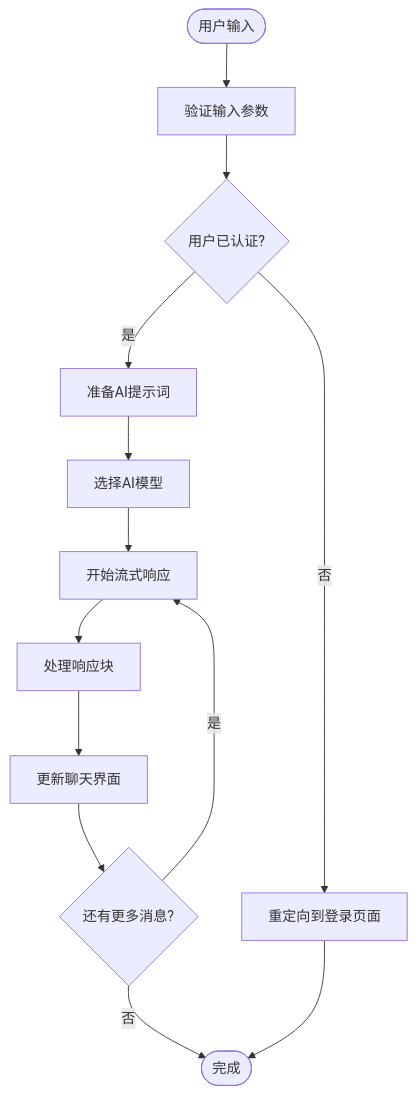
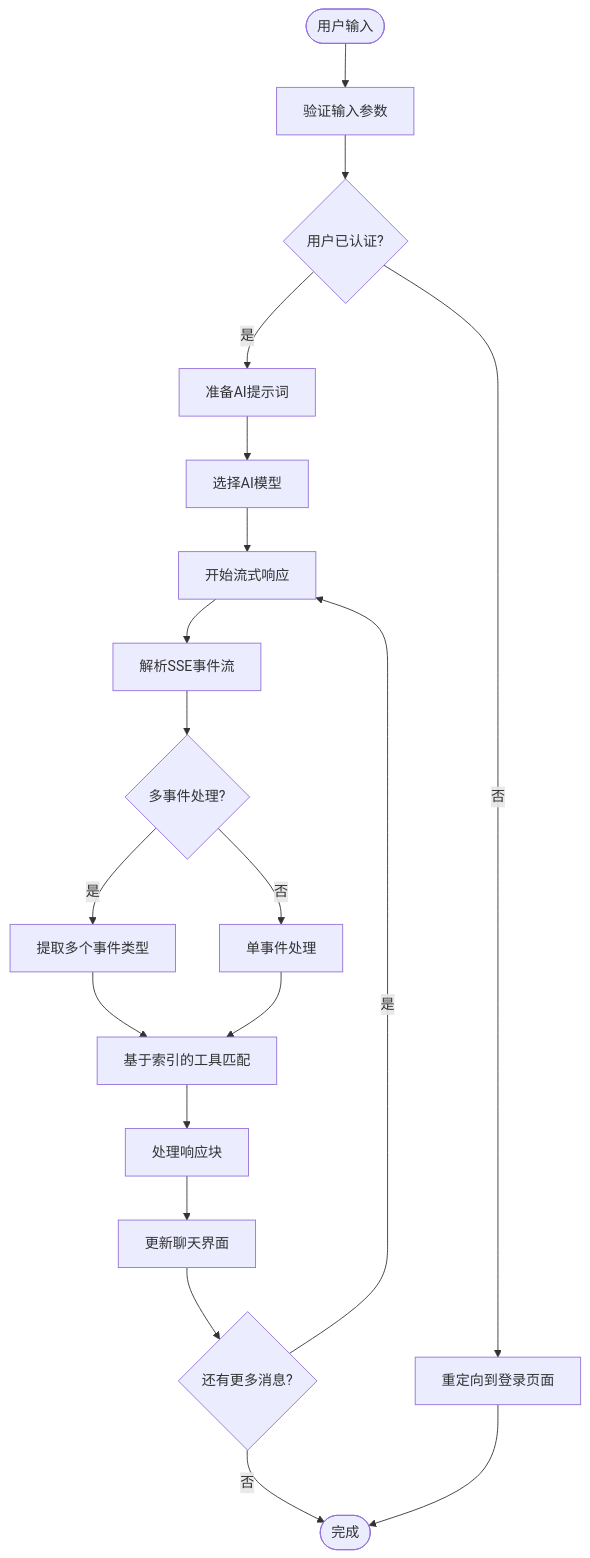
One commit to LRF0422/Kotion changed the fifth of 9 diagrams in .qoder/repowiki/zh/content/功能模块/AI插件/AI基础架构系统/AI聊天客户端系统.md. Above: the diagram before and after it, drawn with Mermaid. The commit also changed other lines of this file and 10 other files, not shown here.

````diff
--- a/.qoder/repowiki/zh/content/功能模块/AI插件/AI基础架构系统/AI聊天客户端系统.md
+++ b/.qoder/repowiki/zh/content/功能模块/AI插件/AI基础架构系统/AI聊天客户端系统.md
@@ -237,15 +272,21 @@
 ```mermaid
 flowchart TD
 Start([用户输入]) --> ValidateInput["验证输入参数"]
 ValidateInput --> CheckAuth{"用户已认证?"}
 CheckAuth --> |否| RedirectLogin["重定向到登录页面"]
 CheckAuth --> |是| PreparePrompt["准备AI提示词"]
 PreparePrompt --> SelectModel["选择AI模型"]
 SelectModel --> StreamResponse["开始流式响应"]
-StreamResponse --> ProcessChunk["处理响应块"]
+StreamResponse --> ParseSSE["解析SSE事件流"]
+ParseSSE --> MultiEvent{"多事件处理?"}
+MultiEvent --> |是| ExtractEvents["提取多个事件类型"]
+MultiEvent --> |否| SingleEvent["单事件处理"]
+ExtractEvents --> ToolMatch["基于索引的工具匹配"]
+SingleEvent --> ToolMatch
+ToolMatch --> ProcessChunk["处理响应块"]
 ProcessChunk --> UpdateUI["更新聊天界面"]
 UpdateUI --> MoreMessages{"还有更多消息?"}
 MoreMessages --> |是| StreamResponse
 MoreMessages --> |否| End([完成])
 RedirectLogin --> End
 ```
````
